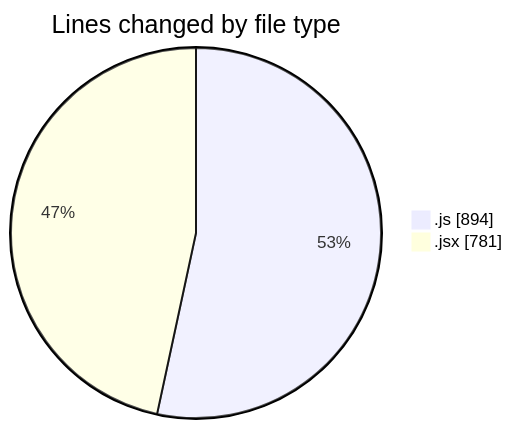
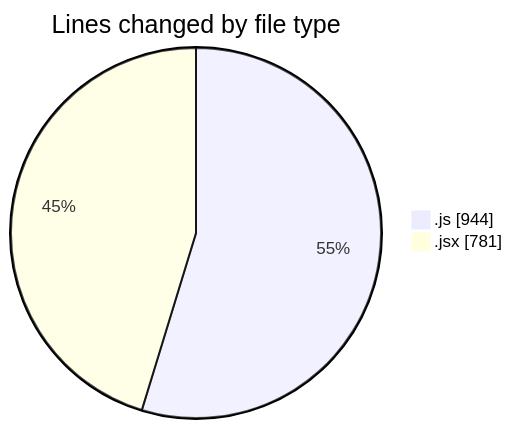
Before and after one commit to nxtqubesakshisongat/code-tracking: the first of 2 diagrams in 2025-09-11/nxtqube_webapp/README.md, drawn with Mermaid. The commit also changed other lines of this file and 1 other file, not shown here.

````diff
--- a/2025-09-11/nxtqube_webapp/README.md
+++ b/2025-09-11/nxtqube_webapp/README.md
@@ -21,6 +21,6 @@
 ```mermaid
 pie showData
 title Lines changed by file type
-".js" : 894
+".js" : 944
 ".jsx" : 781
 ```
````
